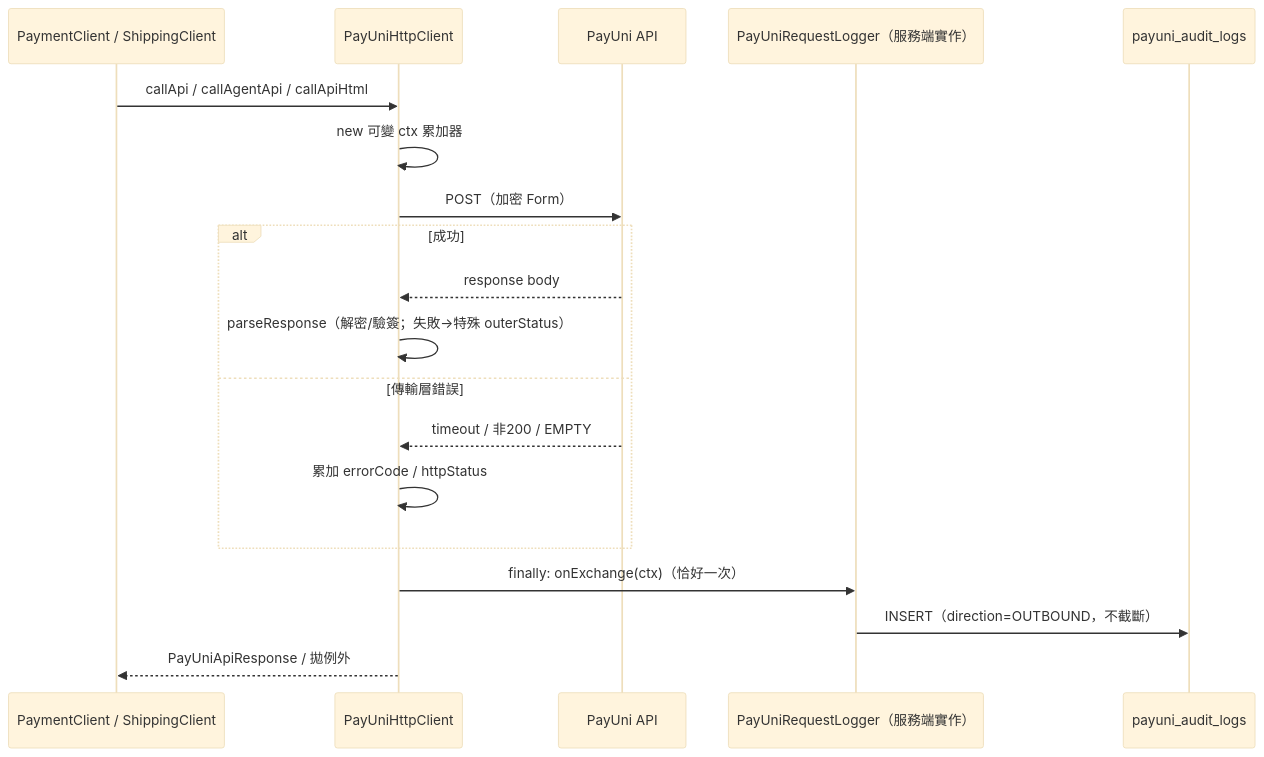
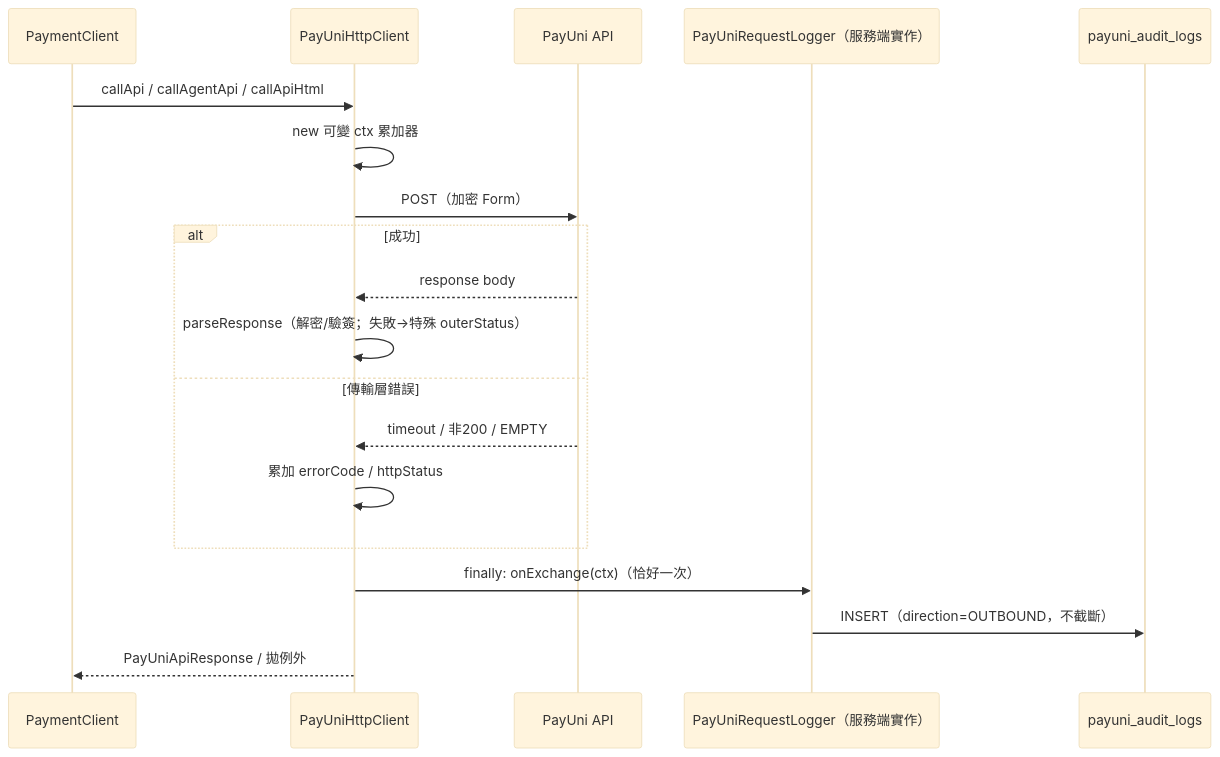
One commit to Will413028/hawkr changed the fifth of 7 diagrams in backend/docs/詳細設計書/11-PayUni Java Client（payuni-java-client）詳細設計書.md. Above: the diagram before and after it, drawn with Mermaid (base theme). The commit also changed other lines of this file and 54 other files, not shown here.

````diff
--- a/backend/docs/詳細設計書/11-PayUni Java Client（payuni-java-client）詳細設計書.md
+++ b/backend/docs/詳細設計書/11-PayUni Java Client（payuni-java-client）詳細設計書.md
@@ -442,22 +405,22 @@
 ```mermaid
 sequenceDiagram
-    participant Client as PaymentClient / ShippingClient
+    participant Client as PaymentClient
     participant Http as PayUniHttpClient
     participant PayUni as PayUni API
     participant Logger as PayUniRequestLogger（服務端實作）
     participant DB as payuni_audit_logs
 
     Client->>Http: callApi / callAgentApi / callApiHtml
     Http->>Http: new 可變 ctx 累加器
     Http->>PayUni: POST（加密 Form）
     alt 成功
         PayUni-->>Http: response body
         Http->>Http: parseResponse（解密/驗簽；失敗→特殊 outerStatus）
     else 傳輸層錯誤
         PayUni-->>Http: timeout / 非200 / EMPTY
         Http->>Http: 累加 errorCode / httpStatus
     end
     Http->>Logger: finally: onExchange(ctx)（恰好一次）
     Logger->>DB: INSERT（direction=OUTBOUND，不截斷）
     Http-->>Client: PayUniApiResponse / 拋例外
 ```
````
